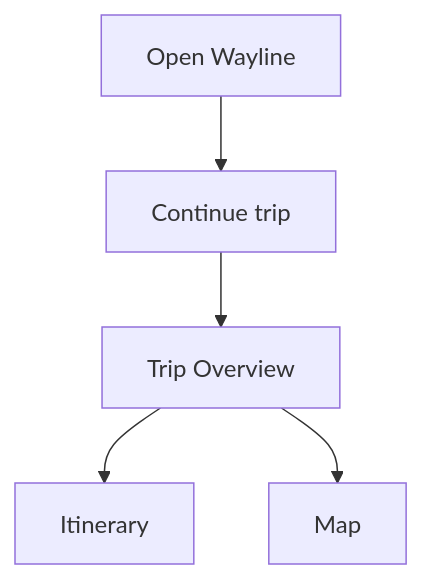
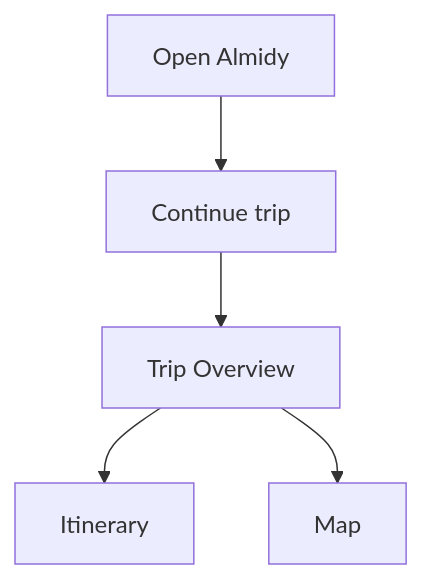
Before and after one commit to paulofragoso001/trip-planner: the second of 7 diagrams in docs/wayline-architecture-plan.md, drawn with Mermaid. The commit also changed other lines of this file and 91 other files, not shown here.

````diff
--- a/docs/wayline-architecture-plan.md
+++ b/docs/wayline-architecture-plan.md
@@ -115,7 +115,7 @@
 ```mermaid
 flowchart TD
-  A["Open Wayline"] --> B["Continue trip"]
+  A["Open Almidy"] --> B["Continue trip"]
   B --> C["Trip Overview"]
   C --> D["Itinerary"]
   C --> E["Map"]
 ```
````
